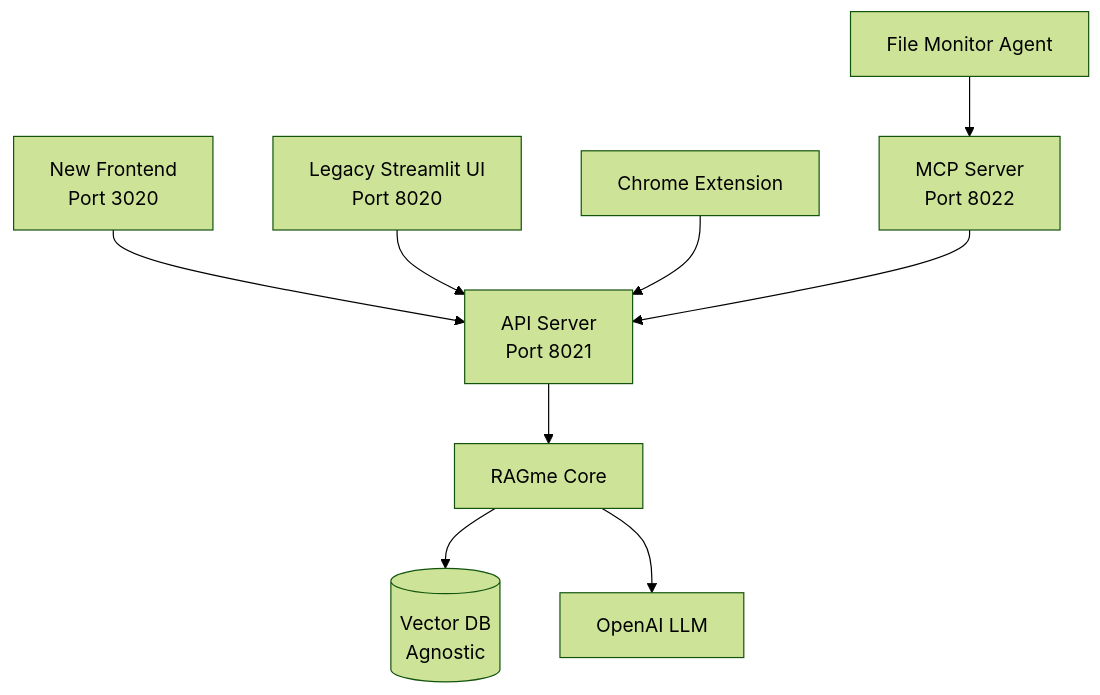
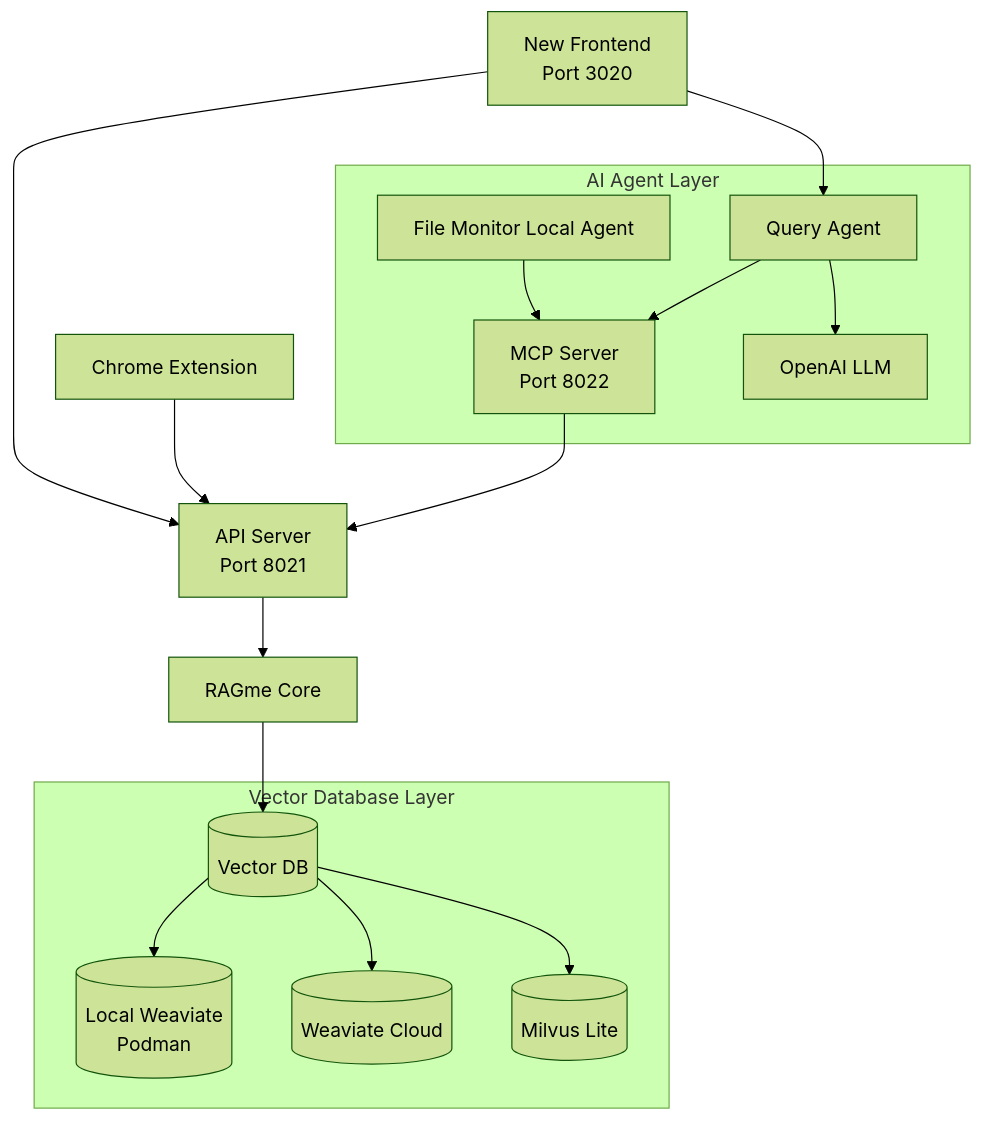
The first of 3 diagrams in docs/PRESENTATION.md (maximilien/ragme-io), drawn with Mermaid (forest theme) before and after one commit. The commit also changed other lines of this file and 9 other files, not shown here.

````diff
--- a/docs/PRESENTATION.md
+++ b/docs/PRESENTATION.md
@@ -80,11 +129,19 @@
 ```mermaid
 flowchart TB
     new-ui[New Frontend<br/>Port 3020] --> api[API Server<br/>Port 8021]
-    legacy-ui[Legacy Streamlit UI<br/>Port 8020] --> api
+    new-ui[New Frontend<br/>Port 3020] --> agent-query[Query Agent]
     chrome[Chrome Extension] --> api
-    agent[File Monitor Agent] --> mcp[MCP Server<br/>Port 8022]
+    subgraph "AI Agent Layer"
+      agent-local[File Monitor Local Agent] --> mcp[MCP Server<br/>Port 8022]
+      agent-query[Query Agent] --> mcp[MCP Server<br/>Port 8022]
+      agent-query[Query Agent] --> openai[OpenAI LLM]
+    end
     mcp --> api
     api --> ragme[RAGme Core]
-    ragme --> vector_db[(Vector DB<br/>Agnostic)]
-    ragme --> openai[OpenAI LLM]
+    ragme --> vector-db[(Vector DB)]    
+    subgraph "Vector Database Layer"
+        vector-db --> weaviate-local[(Local Weaviate<br/>Podman)]
+        vector-db --> weaviate-cloud[(Weaviate Cloud)]
+        vector-db --> milvus[(Milvus Lite)]
+    end
 ```
````
